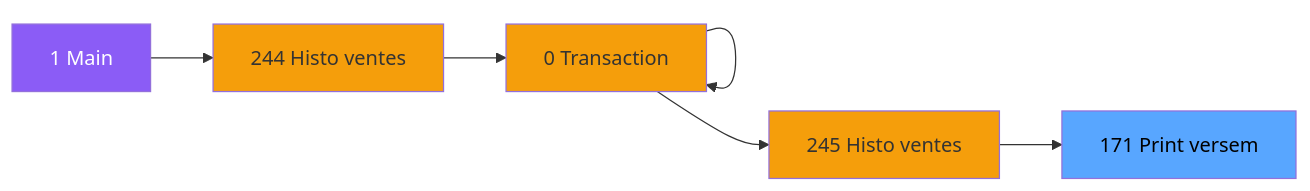
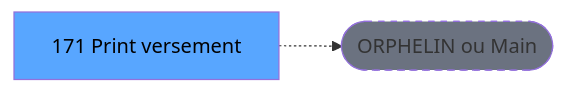
The second of 3 diagrams in .openspec/specs/ADH-IDE-171.md (thonyAGP/lecteur-magic), drawn with Mermaid before and after one commit. The commit also changed other lines of this file and 701 other files, not shown here.

````diff
--- a/.openspec/specs/ADH-IDE-171.md
+++ b/.openspec/specs/ADH-IDE-171.md
@@ -120,23 +120,8 @@
 ```mermaid
 graph LR
-    M[1 Main]
-    N244[244 Histo ventes]
-    N0[0 Transaction ]
-    N0[0 Transaction ]
-    N0[0 Transaction ]
-    N245[245 Histo ventes]
-    T[171 Print versem]
-    M --> N244
-    N244 --> N0
-    N0 --> N0
-    N0 --> N0
-    N0 --> N245
-    N245 --> T
-    style M fill:#8b5cf6,color:#fff
-    style N244 fill:#f59e0b
-    style N0 fill:#f59e0b
-    style N0 fill:#f59e0b
-    style N0 fill:#f59e0b
-    style N245 fill:#f59e0b
+    T[171 Print versement]
+    ORPHAN([ORPHELIN ou Main])
+    T -.-> ORPHAN
     style T fill:#58a6ff,color:#000
+    style ORPHAN fill:#6b7280,stroke-dasharray: 5 5
 ```
````
